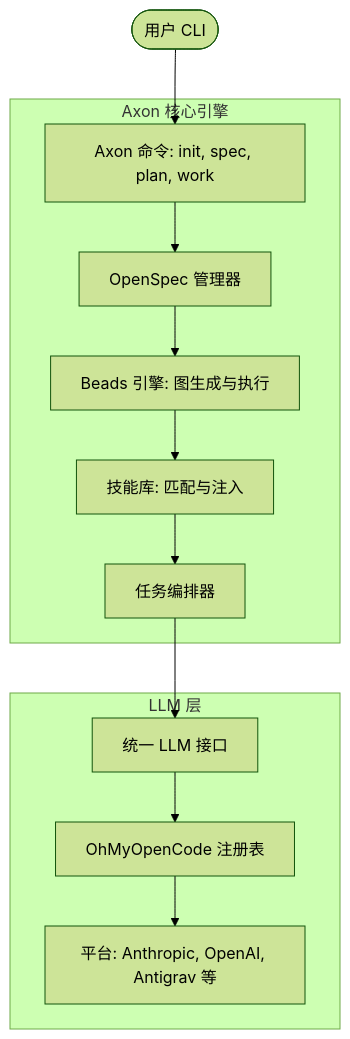
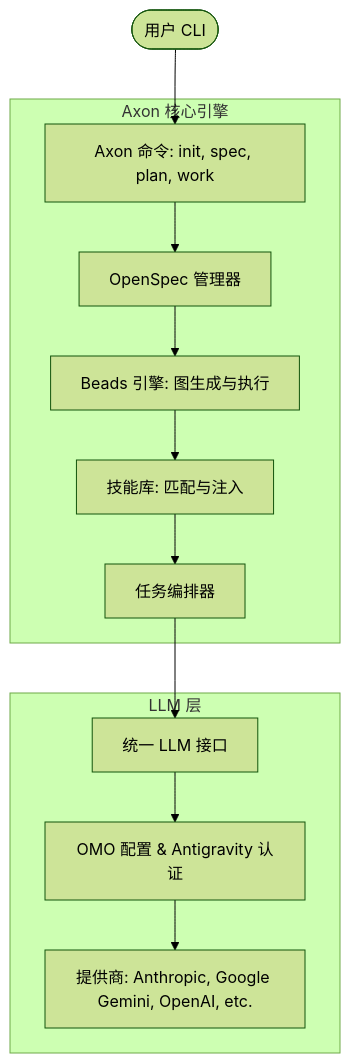
The second of 2 diagrams in README.zh-CN.md (arrislink/axon), drawn with Mermaid (forest theme) before and after one commit. The commit also changed other lines of this file and 13 other files, not shown here.

````diff
--- a/README.zh-CN.md
+++ b/README.zh-CN.md
@@ -205,17 +205,17 @@
 ```mermaid
 graph TD
     User([用户 CLI]) --> Commands[Axon 命令: init, spec, plan, work]
     
     subgraph "Axon 核心引擎"
         Commands --> Spec[OpenSpec 管理器]
         Spec --> Beads[Beads 引擎: 图生成与执行]
         Beads --> Skills[技能库: 匹配与注入]
         Skills --> Orch[任务编排器]
     end
     
     subgraph "LLM 层"
         Orch --> LLMInt[统一 LLM 接口]
-        LLMInt --> OMO[OhMyOpenCode 注册表]
-        OMO --> Providers[平台: Anthropic, OpenAI, Antigrav 等]
+        LLMInt --> OMO[OMO 配置 & Antigravity 认证]
+        OMO --> Providers[提供商: Anthropic, Google Gemini, OpenAI, etc.]
     end
 ```
````
